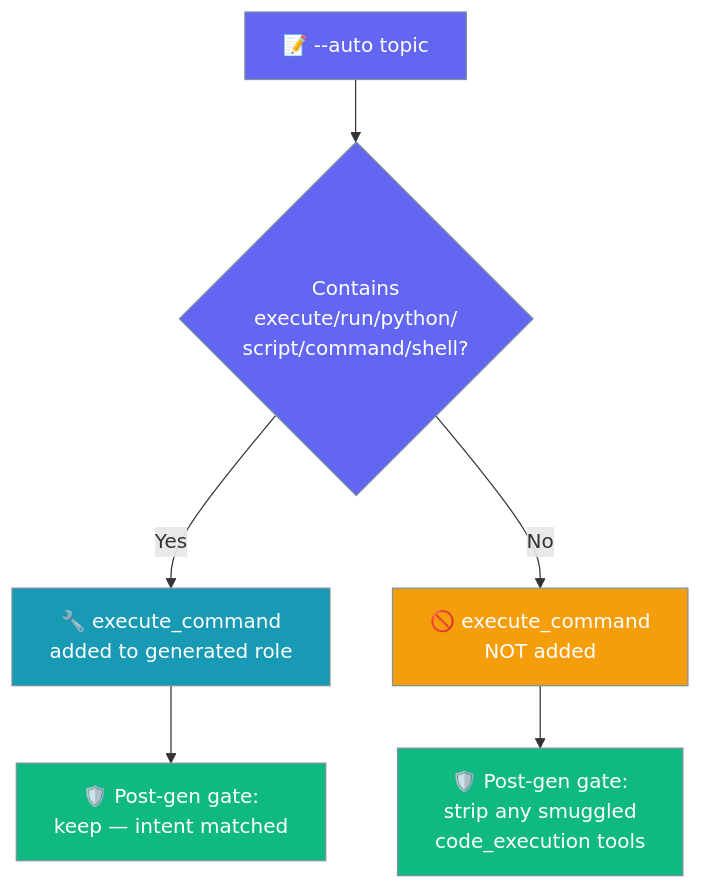
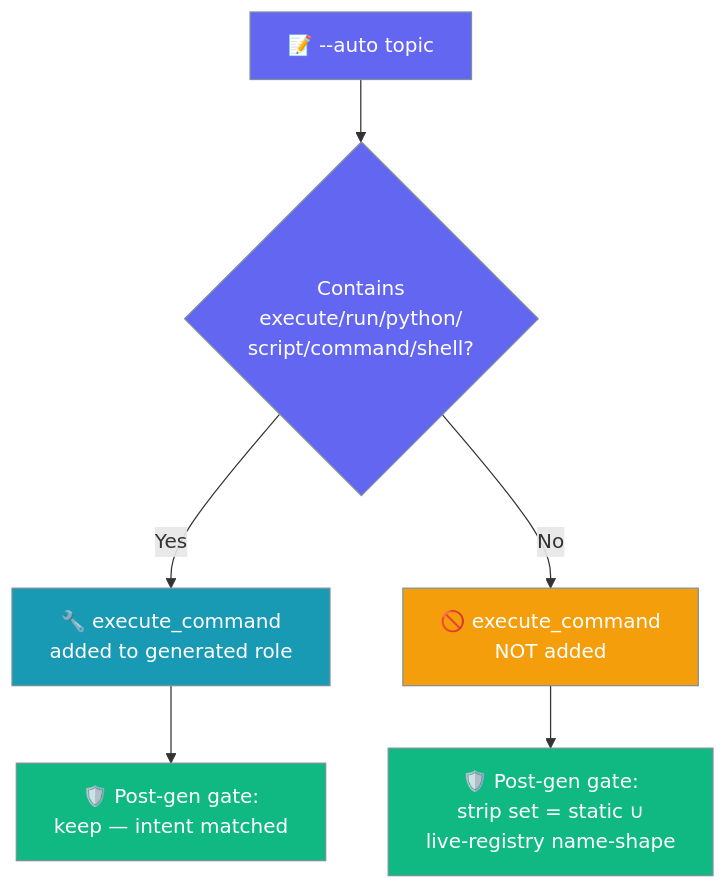
Before and after one commit to MervinPraison/PraisonAIDocs: the fourth of 4 diagrams in docs/features/auto-generator-safety.mdx, drawn with Mermaid. The commit also changed other lines of this file and 3 other files, not shown here.

````diff
--- a/docs/features/auto-generator-safety.mdx
+++ b/docs/features/auto-generator-safety.mdx
@@ -232,18 +234,18 @@
 ```mermaid
 graph TB
     Topic[📝 --auto topic] --> KW{Contains<br/>execute/run/python/<br/>script/command/shell?}
     KW -->|Yes| Add[🔧 execute_command<br/>added to generated role]
     KW -->|No| Skip[🚫 execute_command<br/>NOT added]
     Add --> Gate[🛡️ Post-gen gate:<br/>keep — intent matched]
-    Skip --> Gate2[🛡️ Post-gen gate:<br/>strip any smuggled<br/>code_execution tools]
+    Skip --> Gate2[🛡️ Post-gen gate:<br/>strip set = static ∪<br/>live-registry name-shape]
 
     classDef question fill:#6366F1,stroke:#7C90A0,color:#fff
     classDef add fill:#189AB4,stroke:#7C90A0,color:#fff
     classDef skip fill:#F59E0B,stroke:#7C90A0,color:#fff
     classDef guard fill:#10B981,stroke:#7C90A0,color:#fff
 
     class Topic,KW question
     class Add add
     class Skip skip
     class Gate,Gate2 guard
 ```
````
